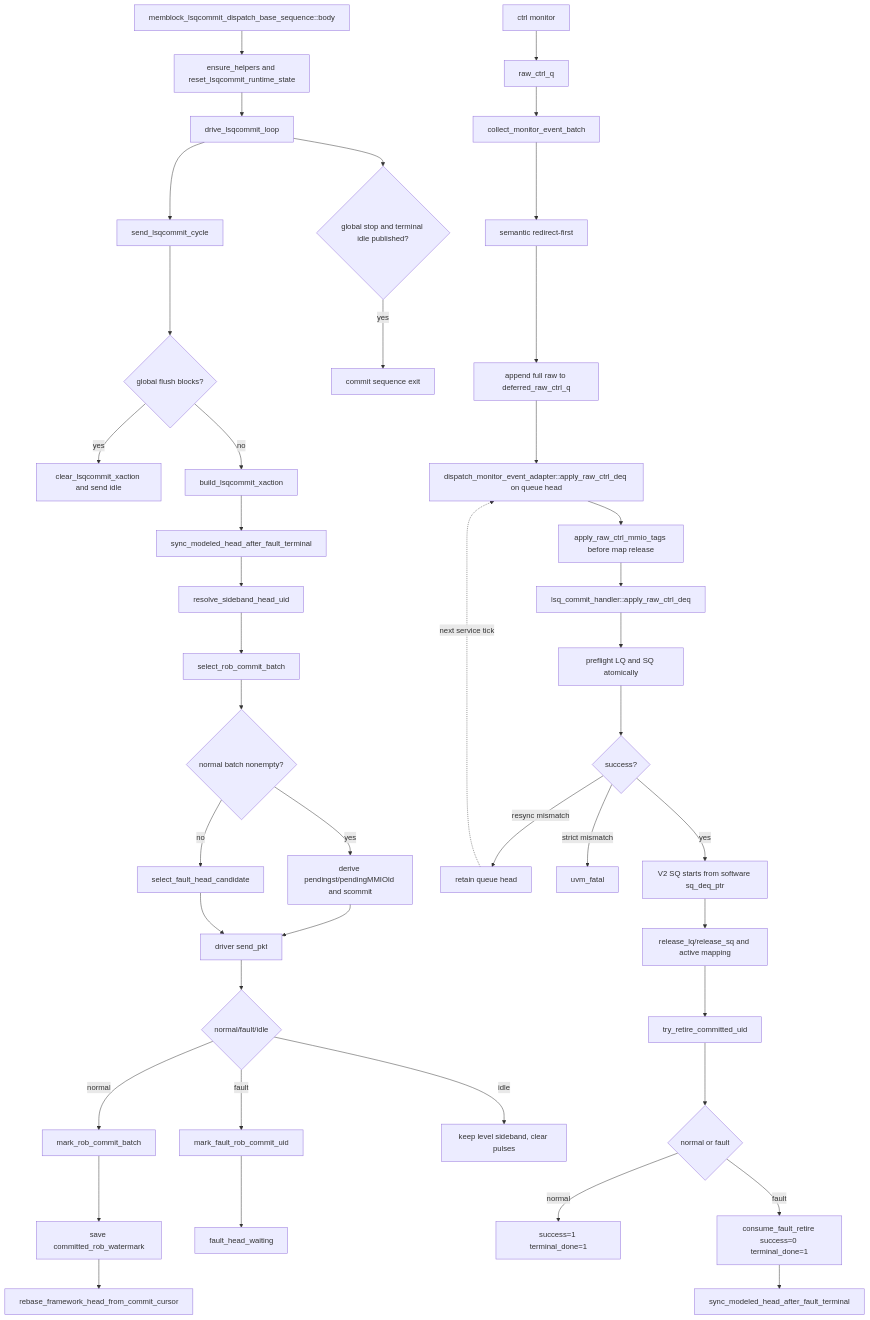
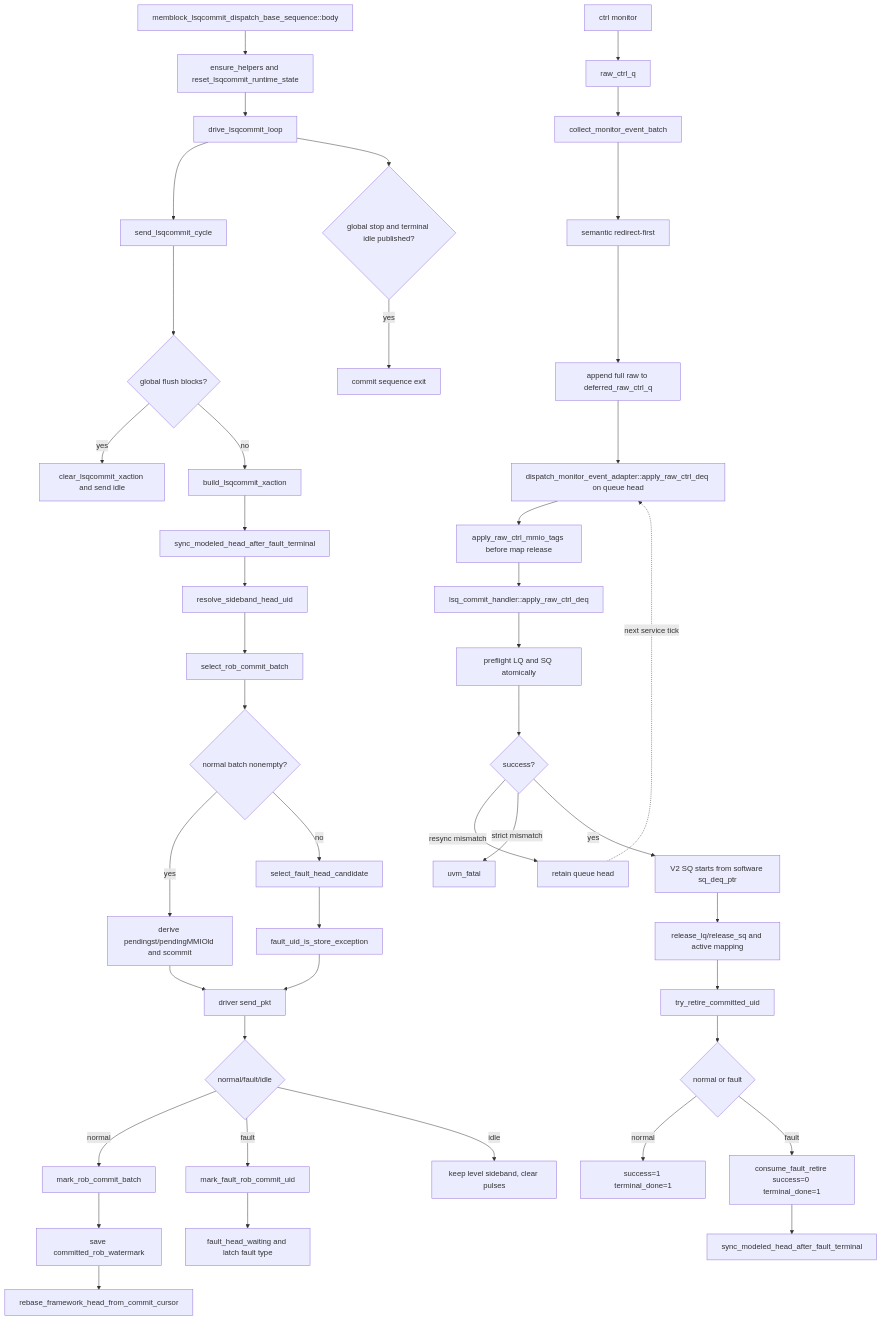
One commit to OpenXiangShan/XiangShan changed the diagram in AI_DOC/mem_ut_flow_doc/rob_commit_lq_sq_deq_flow.md. Above: the diagram before and after it, drawn with Mermaid. The commit also changed other lines of this file and 72 other files, not shown here.

````diff
--- a/AI_DOC/mem_ut_flow_doc/rob_commit_lq_sq_deq_flow.md
+++ b/AI_DOC/mem_ut_flow_doc/rob_commit_lq_sq_deq_flow.md
@@ -56,47 +60,48 @@
 ```mermaid
 flowchart TD
     A[memblock_lsqcommit_dispatch_base_sequence::body] --> B[ensure_helpers and reset_lsqcommit_runtime_state]
     B --> C[drive_lsqcommit_loop]
     C --> D[send_lsqcommit_cycle]
     D --> E{global flush blocks?}
     E -->|yes| F[clear_lsqcommit_xaction and send idle]
     E -->|no| G[build_lsqcommit_xaction]
     G --> H[sync_modeled_head_after_fault_terminal]
     H --> I[resolve_sideband_head_uid]
     I --> J[select_rob_commit_batch]
     J --> K{normal batch nonempty?}
     K -->|yes| L[derive pendingst/pendingMMIOld and scommit]
     K -->|no| M[select_fault_head_candidate]
+    M --> M1[fault_uid_is_store_exception]
     L --> N[driver send_pkt]
-    M --> N
+    M1 --> N
     N --> O{normal/fault/idle}
     O -->|normal| P[mark_rob_commit_batch]
     O -->|fault| Q[mark_fault_rob_commit_uid]
     O -->|idle| R[keep level sideband, clear pulses]
     P --> P1[save committed_rob_watermark]
     P1 --> P2[rebase_framework_head_from_commit_cursor]
-    Q --> Q1[fault_head_waiting]
+    Q --> Q1[fault_head_waiting and latch fault type]
     C --> S{global stop and terminal idle published?}
     S -->|yes| T[commit sequence exit]
 
     U[ctrl monitor] --> V[raw_ctrl_q]
     V --> W[collect_monitor_event_batch]
     W --> X[semantic redirect-first]
     X --> X1[append full raw to deferred_raw_ctrl_q]
     X1 --> Y[dispatch_monitor_event_adapter::apply_raw_ctrl_deq on queue head]
     Y --> Y1[apply_raw_ctrl_mmio_tags before map release]
     Y1 --> Z[lsq_commit_handler::apply_raw_ctrl_deq]
     Z --> AA[preflight LQ and SQ atomically]
     AA --> AA1{success?}
     AA1 -->|resync mismatch| Y2[retain queue head]
     Y2 -. next service tick .-> Y
     AA1 -->|strict mismatch| Y3[uvm_fatal]
     AA1 -->|yes| AB
     AB[V2 SQ starts from software sq_deq_ptr]
     AB --> AC[release_lq/release_sq and active mapping]
     AC --> AD[try_retire_committed_uid]
     AD --> AE{normal or fault}
     AE -->|normal| AF[success=1 terminal_done=1]
     AE -->|fault| AG[consume_fault_retire success=0 terminal_done=1]
     AG --> AH[sync_modeled_head_after_fault_terminal]
 ```
````
